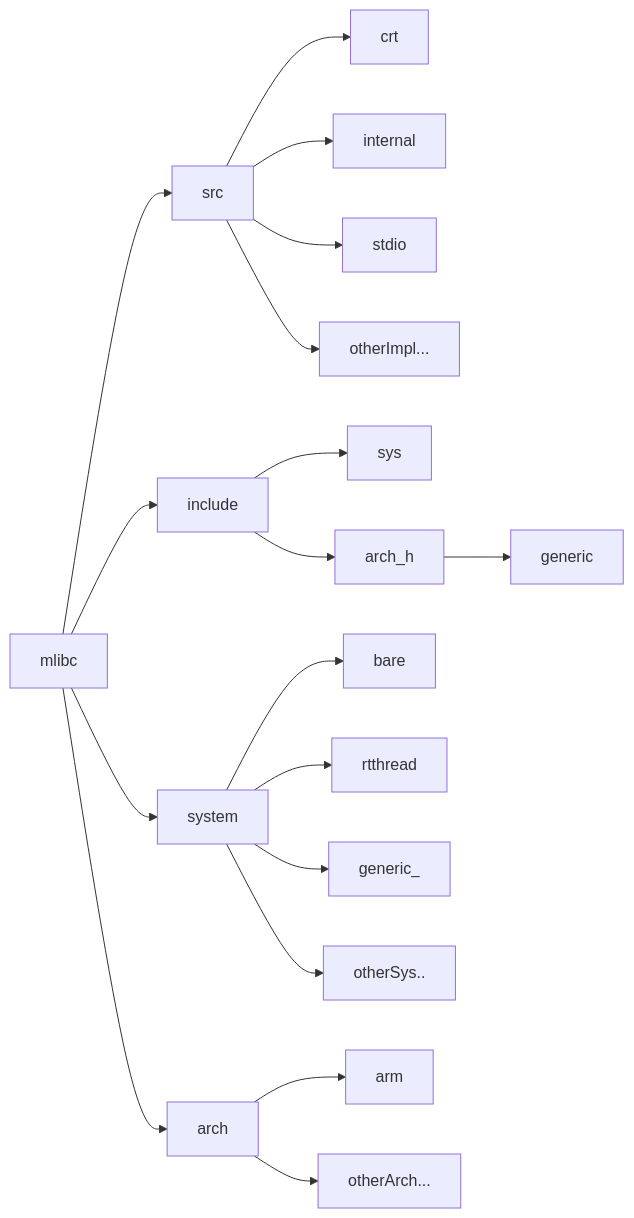
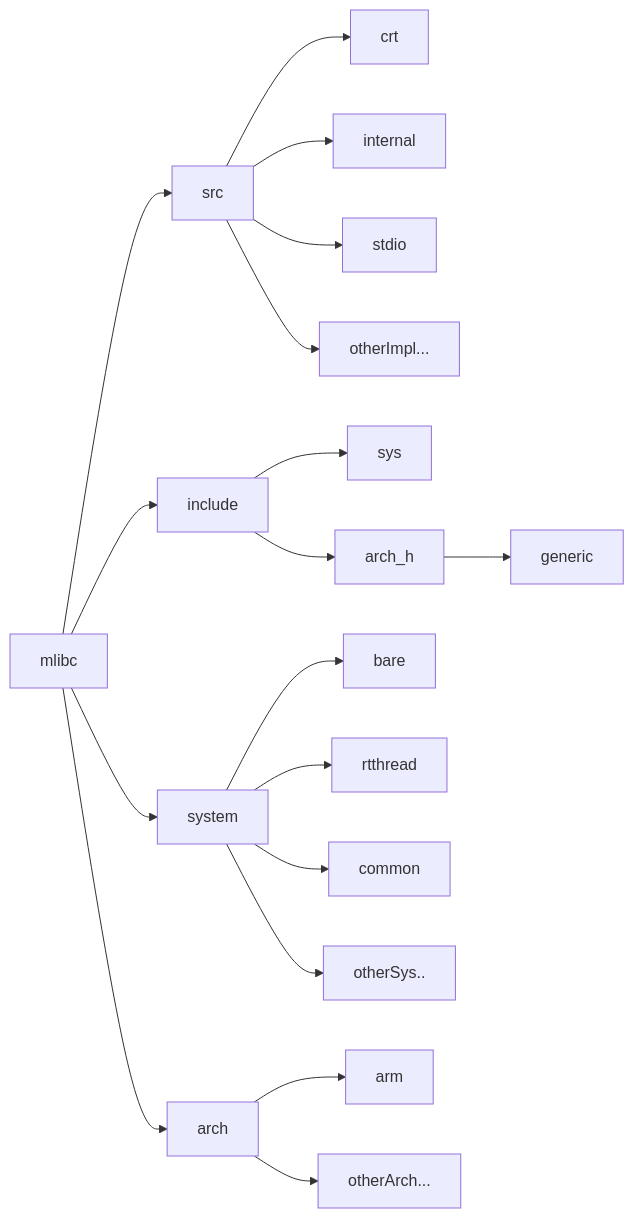
Before and after one commit to plctlab/mlibc: the diagram in ARCH.md, drawn with Mermaid. The commit also changed other lines of this file and 11 other files, not shown here.

````diff
--- a/ARCH.md
+++ b/ARCH.md
@@ -3,20 +3,20 @@
 ```mermaid
 flowchart LR
 mlibc-->src
 mlibc-->include
 mlibc-->arch
 mlibc-->system
 src-->crt
 src-->internal
 src-->stdio
 src-->otherImpl...
 include-->sys
 include-->arch_h
 arch_h-->generic
 system-->bare
 system-->rtthread
-system-->generic_
+system-->common
 system-->otherSys..
 arch-->arm
 arch-->otherArch...
 ```
````
